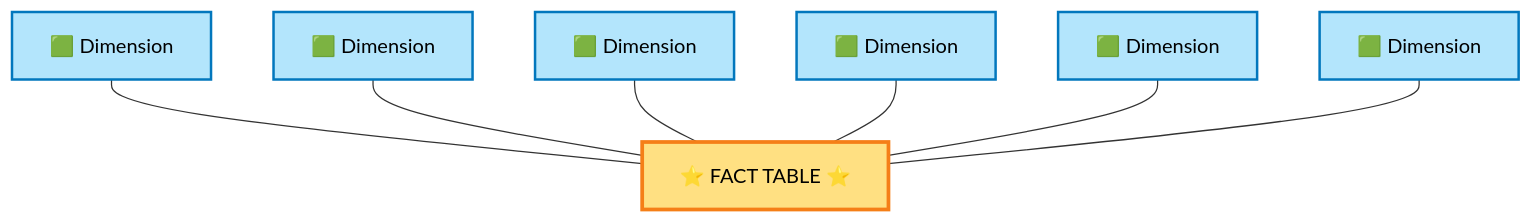
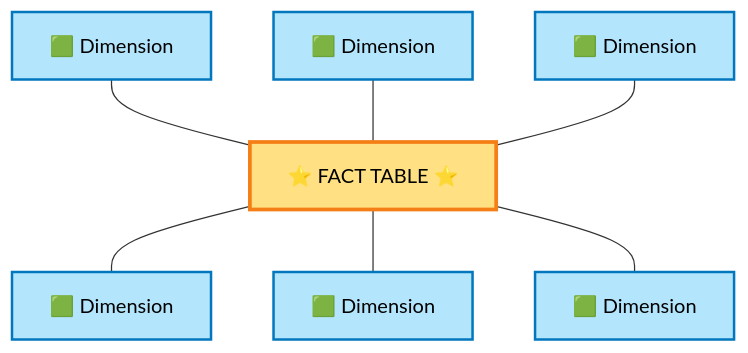
The first of 9 diagrams in 03) Snowflake/60.1) Data Modelling/02) STAR schema/02) STAR schema.md (Kshitijavir/aws-pipelines-september-2026), drawn with Mermaid before and after one commit. The commit also changed other lines of this file, not shown here.

First line of the commit message:
Arrange star schema diagrams with dimensions around the fact table

````diff
--- a/03) Snowflake/60.1) Data Modelling/02) STAR schema/02) STAR schema.md
+++ b/03) Snowflake/60.1) Data Modelling/02) STAR schema/02) STAR schema.md
@@ -35,22 +35,22 @@
 ```mermaid
 flowchart TB
     D1["🟩 Dimension"]
     D2["🟩 Dimension"]
     D3["🟩 Dimension"]
+    F["⭐ FACT TABLE ⭐"]
     D4["🟩 Dimension"]
     D5["🟩 Dimension"]
     D6["🟩 Dimension"]
-    F["⭐ FACT TABLE ⭐"]
 
     D1 --- F
     D2 --- F
     D3 --- F
-    D4 --- F
-    D5 --- F
-    D6 --- F
+    F --- D4
+    F --- D5
+    F --- D6
 
     classDef fact fill:#ffe082,stroke:#f57f17,stroke-width:3px,color:#000000
     classDef dim fill:#b3e5fc,stroke:#0277bd,stroke-width:2px,color:#000000
     class F fact
     class D1,D2,D3,D4,D5,D6 dim
 ```
````
